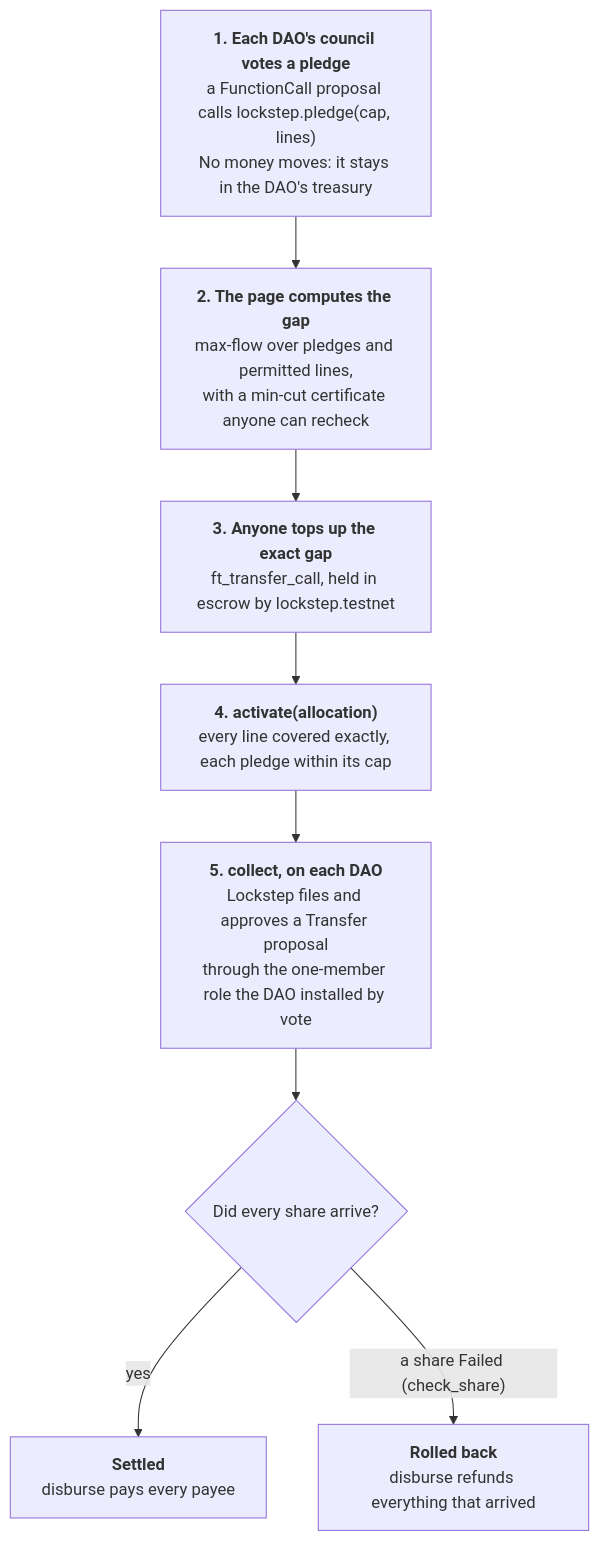
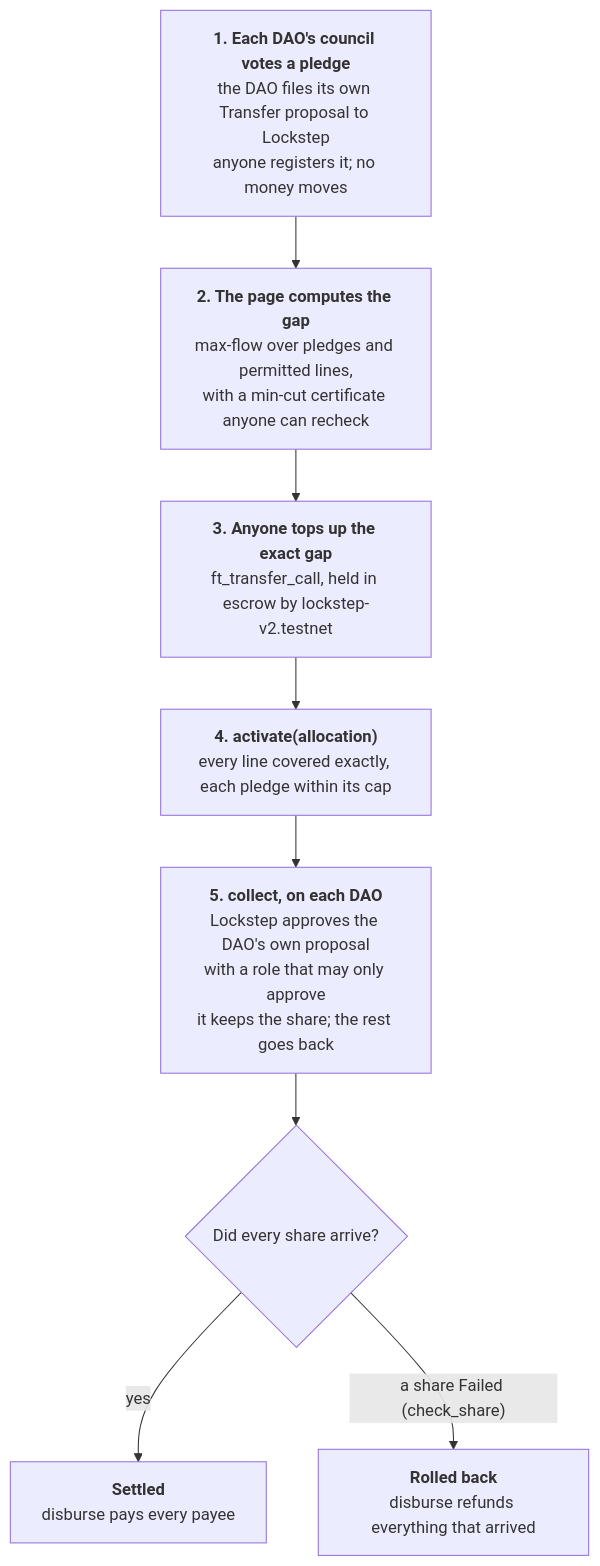
One commit to Marc-Dvci/lockstep changed the diagram in docs/architecture.mmd. Above: the diagram before and after it, drawn with Mermaid. The commit also changed 41 other files, not shown here.

Commit message:
Lockstep 2 live on testnet: README, screens, deployment records

```diff
--- a/docs/architecture.mmd
+++ b/docs/architecture.mmd
@@ -1,12 +1,12 @@
 flowchart TB
-  A["<b>1. Each DAO's council votes a pledge</b><br/>a FunctionCall proposal calls lockstep.pledge(cap, lines)<br/>No money moves: it stays in the DAO's treasury"]
+  A["<b>1. Each DAO's council votes a pledge</b><br/>the DAO files its own Transfer proposal to Lockstep<br/>anyone registers it; no money moves"]
   B["<b>2. The page computes the gap</b><br/>max-flow over pledges and permitted lines,<br/>with a min-cut certificate anyone can recheck"]
-  C["<b>3. Anyone tops up the exact gap</b><br/>ft_transfer_call, held in escrow by lockstep.testnet"]
+  C["<b>3. Anyone tops up the exact gap</b><br/>ft_transfer_call, held in escrow by lockstep-v2.testnet"]
   D["<b>4. activate(allocation)</b><br/>every line covered exactly, each pledge within its cap"]
-  E["<b>5. collect, on each DAO</b><br/>Lockstep files and approves a Transfer proposal<br/>through the one-member role the DAO installed by vote"]
+  E["<b>5. collect, on each DAO</b><br/>Lockstep approves the DAO's own proposal<br/>with a role that may only approve<br/>it keeps the share; the rest goes back"]
   F{"Did every share arrive?"}
   G["<b>Settled</b><br/>disburse pays every payee"]
   H["<b>Rolled back</b><br/>disburse refunds everything that arrived"]
   A --> B --> C --> D --> E --> F
   F -->|"yes"| G
   F -->|"a share Failed (check_share)"| H
```
